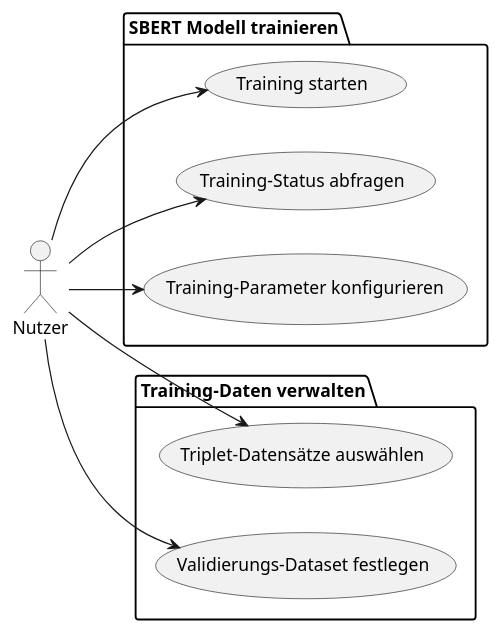
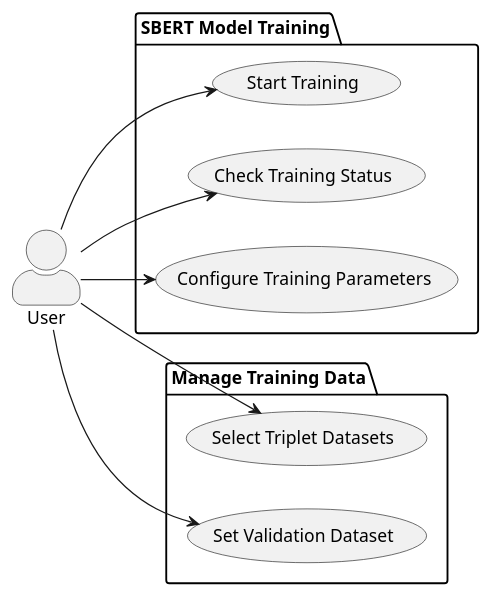
Before and after one commit to Yukasama/vectorize: the diagram in docs/diagrams/src/use-cases-training.plantuml, drawn with PlantUML. The commit also changed 13 other files, not shown here.

```diff
--- a/docs/diagrams/src/use-cases-training.plantuml
+++ b/docs/diagrams/src/use-cases-training.plantuml
@@ -1,21 +1,22 @@
 @startuml use-cases-training
 left to right direction
-actor Nutzer
+skinparam actorStyle awesome
+actor User
 
-package "SBERT Modell trainieren" {
-    usecase "Training starten" as TrainingStarten
-    usecase "Training-Status abfragen" as StatusAbfragen
-    usecase "Training-Parameter konfigurieren" as ParameterKonfigurieren
+package "SBERT Model Training" {
+    usecase TrainingStart as "Start Training"
+    usecase CheckStatus as "Check Training Status"
+    usecase ConfigureParameters as "Configure Training Parameters"
 }
 
-package "Training-Daten verwalten" {
-    usecase "Triplet-Datensätze auswählen" as DatasetsAuswählen
-    usecase "Validierungs-Dataset festlegen" as ValidationFestlegen
+package "Manage Training Data" {
+    usecase SelectDatasets as "Select Triplet Datasets"
+    usecase SetValidationDataset as "Set Validation Dataset"
 }
 
-Nutzer --> TrainingStarten
-Nutzer --> StatusAbfragen
-Nutzer --> ParameterKonfigurieren
-Nutzer --> DatasetsAuswählen
-Nutzer --> ValidationFestlegen
+User --> TrainingStart
+User --> CheckStatus
+User --> ConfigureParameters
+User --> SelectDatasets
+User --> SetValidationDataset
 @enduml
```
